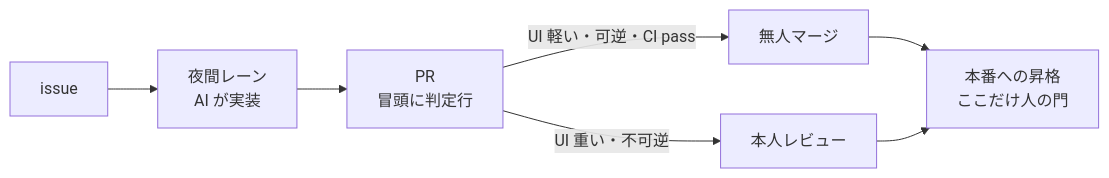
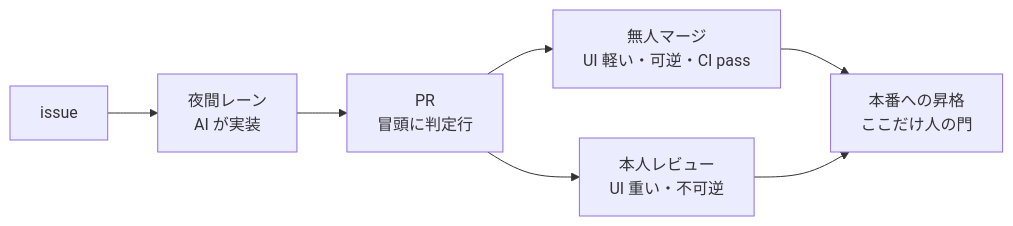
One commit to MichiKotani/MichiKotani changed the diagram in README.md. Above: the diagram before and after it, drawn with Mermaid.

Commit message:
docs: 図の分岐条件を箱の中へ移して幅を詰める

````diff
--- a/README.md
+++ b/README.md
@@ -7,9 +7,9 @@
 ```mermaid
 flowchart LR
   A[issue] --> B[夜間レーン<br/>AI が実装]
   B --> C[PR<br/>冒頭に判定行]
-  C -->|UI 軽い・可逆・CI pass| D[無人マージ]
-  C -->|UI 重い・不可逆| E[本人レビュー]
+  C --> D[無人マージ<br/>UI 軽い・可逆・CI pass]
+  C --> E[本人レビュー<br/>UI 重い・不可逆]
   D --> F[本番への昇格<br/>ここだけ人の門]
   E --> F
 ```
````
